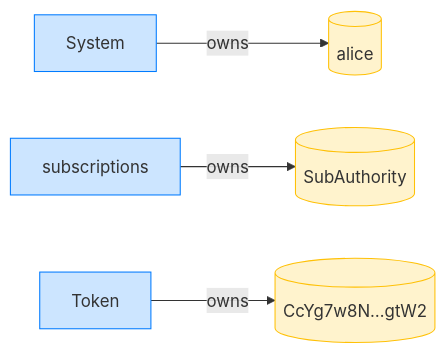
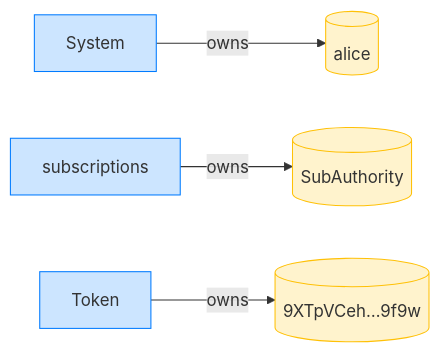
One commit to cds-rs/subscriptions changed the fourth of 16 diagrams in dsl_tests/recurring-transfer-aligns-the-period-start-when-periods-are-skipped.md. Above: the diagram before and after it, drawn with Mermaid. The commit also changed other lines of this file and 224 other files, not shown here.

````diff
--- a/dsl_tests/recurring-transfer-aligns-the-period-start-when-periods-are-skipped.md
+++ b/dsl_tests/recurring-transfer-aligns-the-period-start-when-periods-are-skipped.md
@@ -73,14 +78,14 @@
 ```mermaid
 flowchart LR
     classDef owner fill:#cce5ff,stroke:#007bff;
     classDef account fill:#fff3cd,stroke:#ffc107;
     System[System]:::owner
     alice[(alice)]:::account
     subscriptions[subscriptions]:::owner
     SubAuthority[(SubAuthority)]:::account
     Token[Token]:::owner
-    CcYg7w8N_gtW2[("CcYg7w8N…gtW2")]:::account
+    9XTpVCeh_9f9w[("9XTpVCeh…9f9w")]:::account
     System -->|owns| alice
     subscriptions -->|owns| SubAuthority
-    Token -->|owns| CcYg7w8N_gtW2
+    Token -->|owns| 9XTpVCeh_9f9w
 ```
````
